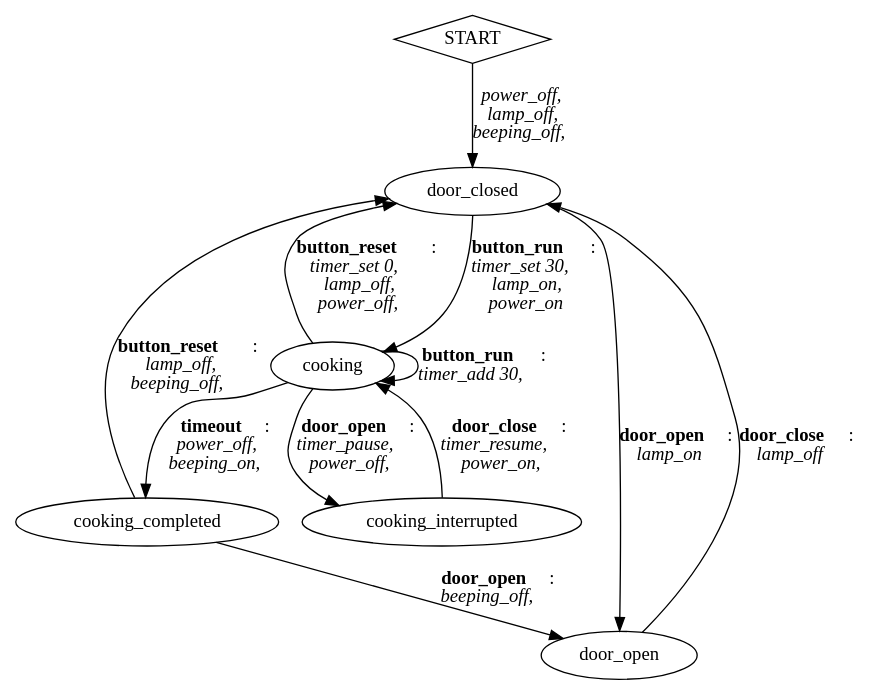
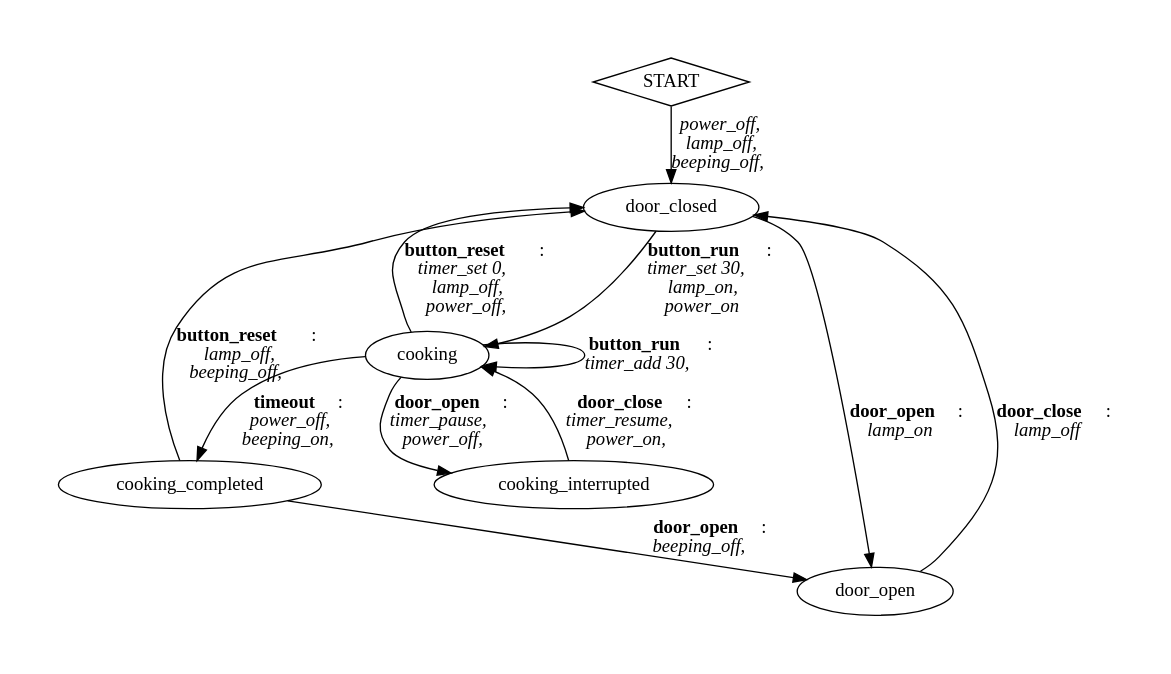
The diagram in finite_automata/sandbox/microwave1.dot (SipakovV/fsm-code-generator), drawn with Graphviz before and after one commit. The commit also changed 1 other file, not shown here.

```diff
--- a/finite_automata/sandbox/microwave1.dot
+++ b/finite_automata/sandbox/microwave1.dot
@@ -1,21 +1,21 @@
 // microwave_fsm
 digraph microwave_fsm {
-	//nodesep=1 pad=0.5 ranksep=0
+	nodesep=1 pad=0.5 ranksep=0
 	START [shape=diamond]
 	cooking
 	cooking_completed
 	door_open
 	cooking_interrupted
 	door_closed
 	door_closed -> door_open [label=<<b>door_open</b>:<br/><i>lamp_on<br/></i>>]
 	door_closed -> cooking [label=<<b>button_run</b>:<br/><i>timer_set 30,<br/>lamp_on,<br/>power_on<br/></i>>]
 	door_open -> door_closed [label=<<b>door_close</b>:<br/><i>lamp_off<br/></i>>]
 	cooking -> door_closed [label=<<b>button_reset</b>:<br/><i>timer_set 0,<br/>lamp_off,<br/>power_off,<br/></i>>]
 	cooking -> cooking [label=<<b>button_run</b>:<br/><i>timer_add 30,<br/></i>>]
 	cooking -> cooking_interrupted [label=<<b>door_open</b>:<br/><i>timer_pause,<br/>power_off,<br/></i>>]
 	cooking -> cooking_completed [label=<<b>timeout</b>:<br/><i>power_off,<br/>beeping_on,<br/></i>>]
 	cooking_interrupted -> cooking [label=<<b>door_close</b>:<br/><i>timer_resume,<br/>power_on,<br/></i>>]
 	cooking_completed -> door_open [label=<<b>door_open</b>:<br/><i>beeping_off,<br/></i>>]
 	cooking_completed -> door_closed [label=<<b>button_reset</b>:<br/><i>lamp_off,<br/>beeping_off,<br/></i>>]
 	START -> door_closed [label=<<i>power_off,<br/>lamp_off,<br/>beeping_off,<br/></i>>]
 }
```
